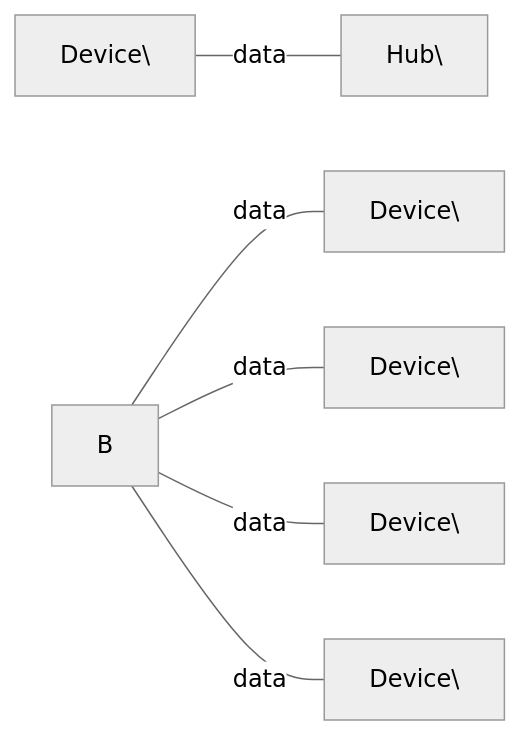
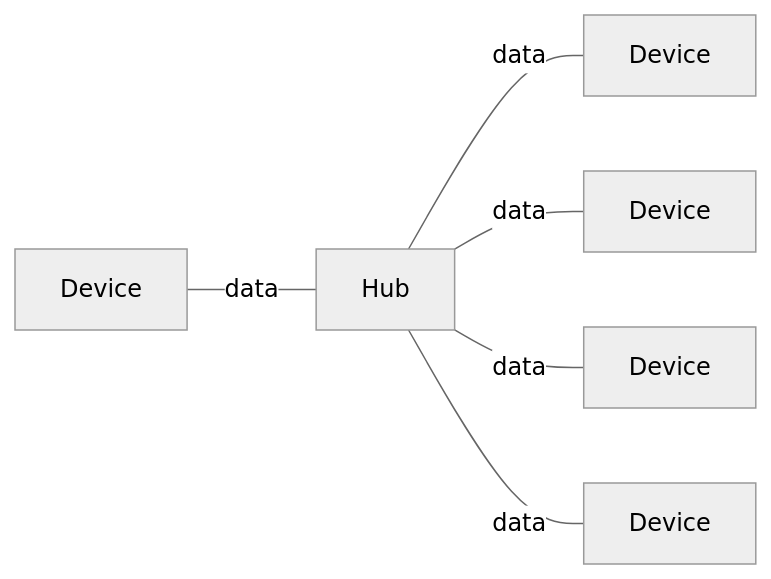
Before and after one commit to featherbear/UNSW-CSE-Thesis: the first of 5 diagrams in site/content/posts/capturing-network-activity-securely.md, drawn with Mermaid (neutral theme). The commit also changed other lines of this file, not shown here.

```diff
--- a/site/content/posts/capturing-network-activity-securely.md
+++ b/site/content/posts/capturing-network-activity-securely.md
@@ -30,8 +30,8 @@
 <div class="mermaid">
 graph LR
-A\[Device\] ---|data| B\[Hub\]
-B ---|data| C\[Device\]
-B ---|data| D\[Device\]
-B ---|data| E\[Device\]
-B ---|data| F\[Device\]
+A[Device] ---|data| B[Hub]
+B ---|data| C[Device]
+B ---|data| D[Device]
+B ---|data| E[Device]
+B ---|data| F[Device]
 </div>
```
